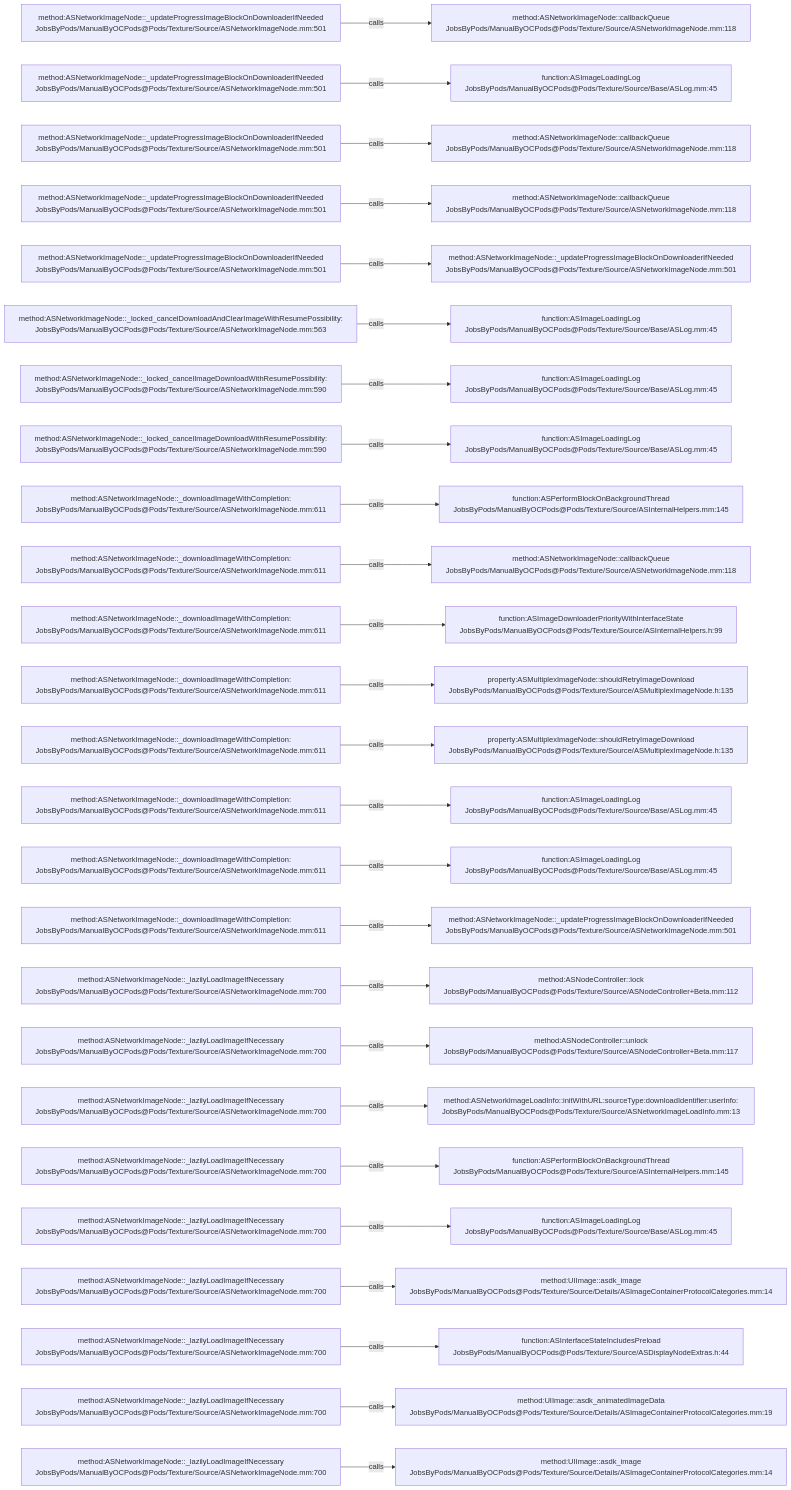
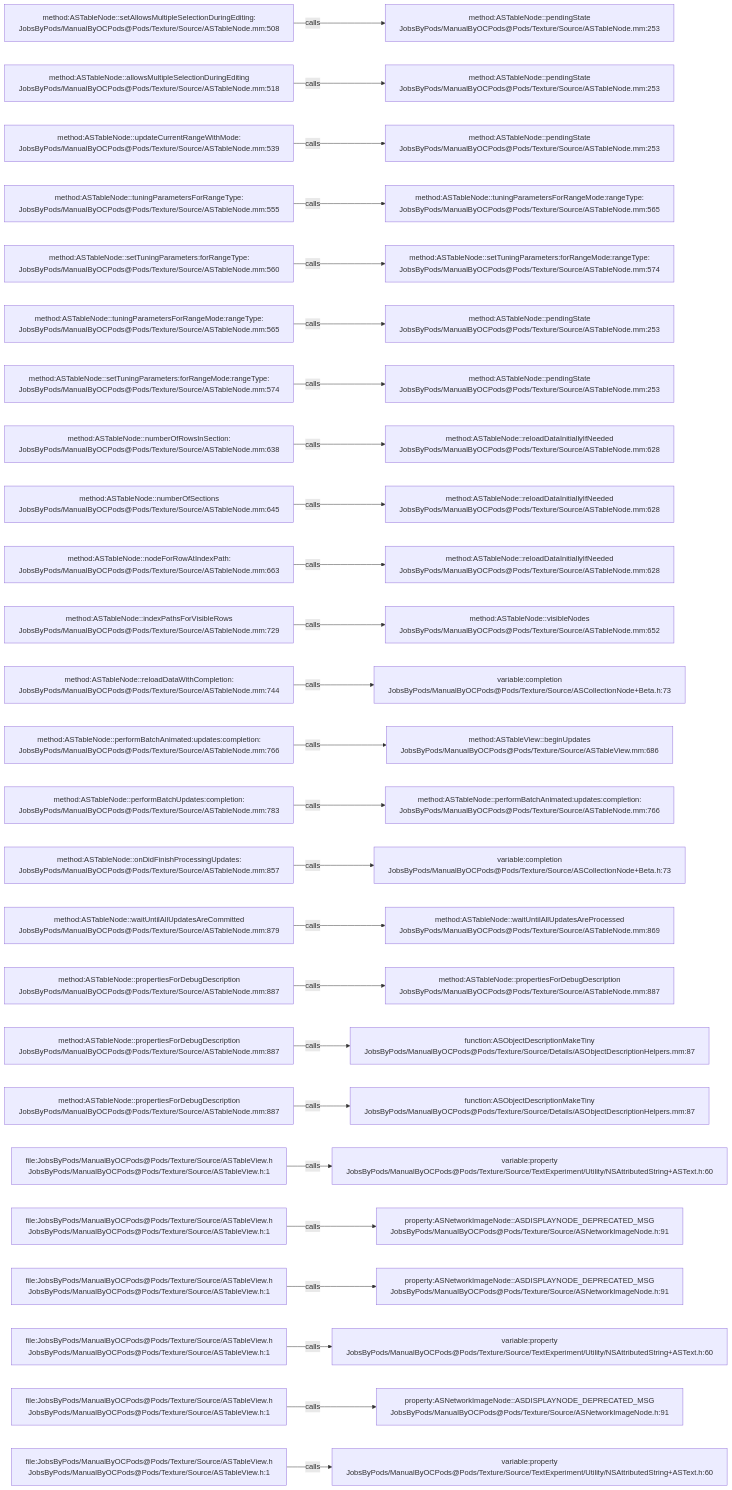
One commit to JobsKits/JobsOCBaseConfigDemo changed the diagram in .codegraph/codegraph.md/graphs/calls-116.md. Above: the diagram before and after it, drawn with Mermaid. The commit also changed 1448 other files, not shown here.

````diff
--- a/.codegraph/codegraph.md/graphs/calls-116.md
+++ b/.codegraph/codegraph.md/graphs/calls-116.md
@@ -13,78 +13,78 @@
 ```mermaid
 flowchart LR
-  S1["method:ASNetworkImageNode::_updateProgressImageBlockOnDownloaderIfNeeded<br/>JobsByPods/ManualByOCPods@Pods/Texture/Source/ASNetworkImageNode.mm:501"]
-  T1["method:ASNetworkImageNode::callbackQueue<br/>JobsByPods/ManualByOCPods@Pods/Texture/Source/ASNetworkImageNode.mm:118"]
+  S1["method:ASTableNode::setAllowsMultipleSelectionDuringEditing:<br/>JobsByPods/ManualByOCPods@Pods/Texture/Source/ASTableNode.mm:508"]
+  T1["method:ASTableNode::pendingState<br/>JobsByPods/ManualByOCPods@Pods/Texture/Source/ASTableNode.mm:253"]
   S1 -->|calls| T1
-  S2["method:ASNetworkImageNode::_updateProgressImageBlockOnDownloaderIfNeeded<br/>JobsByPods/ManualByOCPods@Pods/Texture/Source/ASNetworkImageNode.mm:501"]
-  T2["function:ASImageLoadingLog<br/>JobsByPods/ManualByOCPods@Pods/Texture/Source/Base/ASLog.mm:45"]
+  S2["method:ASTableNode::allowsMultipleSelectionDuringEditing<br/>JobsByPods/ManualByOCPods@Pods/Texture/Source/ASTableNode.mm:518"]
+  T2["method:ASTableNode::pendingState<br/>JobsByPods/ManualByOCPods@Pods/Texture/Source/ASTableNode.mm:253"]
   S2 -->|calls| T2
-  S3["method:ASNetworkImageNode::_updateProgressImageBlockOnDownloaderIfNeeded<br/>JobsByPods/ManualByOCPods@Pods/Texture/Source/ASNetworkImageNode.mm:501"]
-  T3["method:ASNetworkImageNode::callbackQueue<br/>JobsByPods/ManualByOCPods@Pods/Texture/Source/ASNetworkImageNode.mm:118"]
+  S3["method:ASTableNode::updateCurrentRangeWithMode:<br/>JobsByPods/ManualByOCPods@Pods/Texture/Source/ASTableNode.mm:539"]
+  T3["method:ASTableNode::pendingState<br/>JobsByPods/ManualByOCPods@Pods/Texture/Source/ASTableNode.mm:253"]
   S3 -->|calls| T3
-  S4["method:ASNetworkImageNode::_updateProgressImageBlockOnDownloaderIfNeeded<br/>JobsByPods/ManualByOCPods@Pods/Texture/Source/ASNetworkImageNode.mm:501"]
-  T4["method:ASNetworkImageNode::callbackQueue<br/>JobsByPods/ManualByOCPods@Pods/Texture/Source/ASNetworkImageNode.mm:118"]
+  S4["method:ASTableNode::tuningParametersForRangeType:<br/>JobsByPods/ManualByOCPods@Pods/Texture/Source/ASTableNode.mm:555"]
+  T4["method:ASTableNode::tuningParametersForRangeMode:rangeType:<br/>JobsByPods/ManualByOCPods@Pods/Texture/Source/ASTableNode.mm:565"]
   S4 -->|calls| T4
-  S5["method:ASNetworkImageNode::_updateProgressImageBlockOnDownloaderIfNeeded<br/>JobsByPods/ManualByOCPods@Pods/Texture/Source/ASNetworkImageNode.mm:501"]
-  T5["method:ASNetworkImageNode::_updateProgressImageBlockOnDownloaderIfNeeded<br/>JobsByPods/ManualByOCPods@Pods/Texture/Source/ASNetworkImageNode.mm:501"]
+  S5["method:ASTableNode::setTuningParameters:forRangeType:<br/>JobsByPods/ManualByOCPods@Pods/Texture/Source/ASTableNode.mm:560"]
+  T5["method:ASTableNode::setTuningParameters:forRangeMode:rangeType:<br/>JobsByPods/ManualByOCPods@Pods/Texture/Source/ASTableNode.mm:574"]
   S5 -->|calls| T5
-  S6["method:ASNetworkImageNode::_locked_cancelDownloadAndClearImageWithResumePossibility:<br/>JobsByPods/ManualByOCPods@Pods/Texture/Source/ASNetworkImageNode.mm:563"]
-  T6["function:ASImageLoadingLog<br/>JobsByPods/ManualByOCPods@Pods/Texture/Source/Base/ASLog.mm:45"]
+  S6["method:ASTableNode::tuningParametersForRangeMode:rangeType:<br/>JobsByPods/ManualByOCPods@Pods/Texture/Source/ASTableNode.mm:565"]
+  T6["method:ASTableNode::pendingState<br/>JobsByPods/ManualByOCPods@Pods/Texture/Source/ASTableNode.mm:253"]
   S6 -->|calls| T6
-  S7["method:ASNetworkImageNode::_locked_cancelImageDownloadWithResumePossibility:<br/>JobsByPods/ManualByOCPods@Pods/Texture/Source/ASNetworkImageNode.mm:590"]
-  T7["function:ASImageLoadingLog<br/>JobsByPods/ManualByOCPods@Pods/Texture/Source/Base/ASLog.mm:45"]
+  S7["method:ASTableNode::setTuningParameters:forRangeMode:rangeType:<br/>JobsByPods/ManualByOCPods@Pods/Texture/Source/ASTableNode.mm:574"]
+  T7["method:ASTableNode::pendingState<br/>JobsByPods/ManualByOCPods@Pods/Texture/Source/ASTableNode.mm:253"]
   S7 -->|calls| T7
-  S8["method:ASNetworkImageNode::_locked_cancelImageDownloadWithResumePossibility:<br/>JobsByPods/ManualByOCPods@Pods/Texture/Source/ASNetworkImageNode.mm:590"]
-  T8["function:ASImageLoadingLog<br/>JobsByPods/ManualByOCPods@Pods/Texture/Source/Base/ASLog.mm:45"]
+  S8["method:ASTableNode::numberOfRowsInSection:<br/>JobsByPods/ManualByOCPods@Pods/Texture/Source/ASTableNode.mm:638"]
+  T8["method:ASTableNode::reloadDataInitiallyIfNeeded<br/>JobsByPods/ManualByOCPods@Pods/Texture/Source/ASTableNode.mm:628"]
   S8 -->|calls| T8
-  S9["method:ASNetworkImageNode::_downloadImageWithCompletion:<br/>JobsByPods/ManualByOCPods@Pods/Texture/Source/ASNetworkImageNode.mm:611"]
-  T9["function:ASPerformBlockOnBackgroundThread<br/>JobsByPods/ManualByOCPods@Pods/Texture/Source/ASInternalHelpers.mm:145"]
+  S9["method:ASTableNode::numberOfSections<br/>JobsByPods/ManualByOCPods@Pods/Texture/Source/ASTableNode.mm:645"]
+  T9["method:ASTableNode::reloadDataInitiallyIfNeeded<br/>JobsByPods/ManualByOCPods@Pods/Texture/Source/ASTableNode.mm:628"]
   S9 -->|calls| T9
-  S10["method:ASNetworkImageNode::_downloadImageWithCompletion:<br/>JobsByPods/ManualByOCPods@Pods/Texture/Source/ASNetworkImageNode.mm:611"]
-  T10["method:ASNetworkImageNode::callbackQueue<br/>JobsByPods/ManualByOCPods@Pods/Texture/Source/ASNetworkImageNode.mm:118"]
+  S10["method:ASTableNode::nodeForRowAtIndexPath:<br/>JobsByPods/ManualByOCPods@Pods/Texture/Source/ASTableNode.mm:663"]
+  T10["method:ASTableNode::reloadDataInitiallyIfNeeded<br/>JobsByPods/ManualByOCPods@Pods/Texture/Source/ASTableNode.mm:628"]
   S10 -->|calls| T10
-  S11["method:ASNetworkImageNode::_downloadImageWithCompletion:<br/>JobsByPods/ManualByOCPods@Pods/Texture/Source/ASNetworkImageNode.mm:611"]
-  T11["function:ASImageDownloaderPriorityWithInterfaceState<br/>JobsByPods/ManualByOCPods@Pods/Texture/Source/ASInternalHelpers.h:99"]
+  S11["method:ASTableNode::indexPathsForVisibleRows<br/>JobsByPods/ManualByOCPods@Pods/Texture/Source/ASTableNode.mm:729"]
+  T11["method:ASTableNode::visibleNodes<br/>JobsByPods/ManualByOCPods@Pods/Texture/Source/ASTableNode.mm:652"]
   S11 -->|calls| T11
-  S12["method:ASNetworkImageNode::_downloadImageWithCompletion:<br/>JobsByPods/ManualByOCPods@Pods/Texture/Source/ASNetworkImageNode.mm:611"]
-  T12["property:ASMultiplexImageNode::shouldRetryImageDownload<br/>JobsByPods/ManualByOCPods@Pods/Texture/Source/ASMultiplexImageNode.h:135"]
+  S12["method:ASTableNode::reloadDataWithCompletion:<br/>JobsByPods/ManualByOCPods@Pods/Texture/Source/ASTableNode.mm:744"]
+  T12["variable:completion<br/>JobsByPods/ManualByOCPods@Pods/Texture/Source/ASCollectionNode+Beta.h:73"]
   S12 -->|calls| T12
-  S13["method:ASNetworkImageNode::_downloadImageWithCompletion:<br/>JobsByPods/ManualByOCPods@Pods/Texture/Source/ASNetworkImageNode.mm:611"]
-  T13["property:ASMultiplexImageNode::shouldRetryImageDownload<br/>JobsByPods/ManualByOCPods@Pods/Texture/Source/ASMultiplexImageNode.h:135"]
+  S13["method:ASTableNode::performBatchAnimated:updates:completion:<br/>JobsByPods/ManualByOCPods@Pods/Texture/Source/ASTableNode.mm:766"]
+  T13["method:ASTableView::beginUpdates<br/>JobsByPods/ManualByOCPods@Pods/Texture/Source/ASTableView.mm:686"]
   S13 -->|calls| T13
-  S14["method:ASNetworkImageNode::_downloadImageWithCompletion:<br/>JobsByPods/ManualByOCPods@Pods/Texture/Source/ASNetworkImageNode.mm:611"]
-  T14["function:ASImageLoadingLog<br/>JobsByPods/ManualByOCPods@Pods/Texture/Source/Base/ASLog.mm:45"]
+  S14["method:ASTableNode::performBatchUpdates:completion:<br/>JobsByPods/ManualByOCPods@Pods/Texture/Source/ASTableNode.mm:783"]
+  T14["method:ASTableNode::performBatchAnimated:updates:completion:<br/>JobsByPods/ManualByOCPods@Pods/Texture/Source/ASTableNode.mm:766"]
   S14 -->|calls| T14
-  S15["method:ASNetworkImageNode::_downloadImageWithCompletion:<br/>JobsByPods/ManualByOCPods@Pods/Texture/Source/ASNetworkImageNode.mm:611"]
-  T15["function:ASImageLoadingLog<br/>JobsByPods/ManualByOCPods@Pods/Texture/Source/Base/ASLog.mm:45"]
+  S15["method:ASTableNode::onDidFinishProcessingUpdates:<br/>JobsByPods/ManualByOCPods@Pods/Texture/Source/ASTableNode.mm:857"]
+  T15["variable:completion<br/>JobsByPods/ManualByOCPods@Pods/Texture/Source/ASCollectionNode+Beta.h:73"]
   S15 -->|calls| T15
-  S16["method:ASNetworkImageNode::_downloadImageWithCompletion:<br/>JobsByPods/ManualByOCPods@Pods/Texture/Source/ASNetworkImageNode.mm:611"]
-  T16["method:ASNetworkImageNode::_updateProgressImageBlockOnDownloaderIfNeeded<br/>JobsByPods/ManualByOCPods@Pods/Texture/Source/ASNetworkImageNode.mm:501"]
+  S16["method:ASTableNode::waitUntilAllUpdatesAreCommitted<br/>JobsByPods/ManualByOCPods@Pods/Texture/Source/ASTableNode.mm:879"]
+  T16["method:ASTableNode::waitUntilAllUpdatesAreProcessed<br/>JobsByPods/ManualByOCPods@Pods/Texture/Source/ASTableNode.mm:869"]
   S16 -->|calls| T16
-  S17["method:ASNetworkImageNode::_lazilyLoadImageIfNecessary<br/>JobsByPods/ManualByOCPods@Pods/Texture/Source/ASNetworkImageNode.mm:700"]
-  T17["method:ASNodeController::lock<br/>JobsByPods/ManualByOCPods@Pods/Texture/Source/ASNodeController+Beta.mm:112"]
+  S17["method:ASTableNode::propertiesForDebugDescription<br/>JobsByPods/ManualByOCPods@Pods/Texture/Source/ASTableNode.mm:887"]
+  T17["method:ASTableNode::propertiesForDebugDescription<br/>JobsByPods/ManualByOCPods@Pods/Texture/Source/ASTableNode.mm:887"]
   S17 -->|calls| T17
-  S18["method:ASNetworkImageNode::_lazilyLoadImageIfNecessary<br/>JobsByPods/ManualByOCPods@Pods/Texture/Source/ASNetworkImageNode.mm:700"]
-  T18["method:ASNodeController::unlock<br/>JobsByPods/ManualByOCPods@Pods/Texture/Source/ASNodeController+Beta.mm:117"]
+  S18["method:ASTableNode::propertiesForDebugDescription<br/>JobsByPods/ManualByOCPods@Pods/Texture/Source/ASTableNode.mm:887"]
+  T18["function:ASObjectDescriptionMakeTiny<br/>JobsByPods/ManualByOCPods@Pods/Texture/Source/Details/ASObjectDescriptionHelpers.mm:87"]
   S18 -->|calls| T18
-  S19["method:ASNetworkImageNode::_lazilyLoadImageIfNecessary<br/>JobsByPods/ManualByOCPods@Pods/Texture/Source/ASNetworkImageNode.mm:700"]
-  T19["method:ASNetworkImageLoadInfo::initWithURL:sourceType:downloadIdentifier:userInfo:<br/>JobsByPods/ManualByOCPods@Pods/Texture/Source/ASNetworkImageLoadInfo.mm:13"]
+  S19["method:ASTableNode::propertiesForDebugDescription<br/>JobsByPods/ManualByOCPods@Pods/Texture/Source/ASTableNode.mm:887"]
+  T19["function:ASObjectDescriptionMakeTiny<br/>JobsByPods/ManualByOCPods@Pods/Texture/Source/Details/ASObjectDescriptionHelpers.mm:87"]
   S19 -->|calls| T19
-  S20["method:ASNetworkImageNode::_lazilyLoadImageIfNecessary<br/>JobsByPods/ManualByOCPods@Pods/Texture/Source/ASNetworkImageNode.mm:700"]
-  T20["function:ASPerformBlockOnBackgroundThread<br/>JobsByPods/ManualByOCPods@Pods/Texture/Source/ASInternalHelpers.mm:145"]
+  S20["file:JobsByPods/ManualByOCPods@Pods/Texture/Source/ASTableView.h<br/>JobsByPods/ManualByOCPods@Pods/Texture/Source/ASTableView.h:1"]
+  T20["variable:property<br/>JobsByPods/ManualByOCPods@Pods/Texture/Source/TextExperiment/Utility/NSAttributedString+ASText.h:60"]
   S20 -->|calls| T20
-  S21["method:ASNetworkImageNode::_lazilyLoadImageIfNecessary<br/>JobsByPods/ManualByOCPods@Pods/Texture/Source/ASNetworkImageNode.mm:700"]
-  T21["function:ASImageLoadingLog<br/>JobsByPods/ManualByOCPods@Pods/Texture/Source/Base/ASLog.mm:45"]
+  S21["file:JobsByPods/ManualByOCPods@Pods/Texture/Source/ASTableView.h<br/>JobsByPods/ManualByOCPods@Pods/Texture/Source/ASTableView.h:1"]
+  T21["property:ASNetworkImageNode::ASDISPLAYNODE_DEPRECATED_MSG<br/>JobsByPods/ManualByOCPods@Pods/Texture/Source/ASNetworkImageNode.h:91"]
   S21 -->|calls| T21
-  S22["method:ASNetworkImageNode::_lazilyLoadImageIfNecessary<br/>JobsByPods/ManualByOCPods@Pods/Texture/Source/ASNetworkImageNode.mm:700"]
-  T22["method:UIImage::asdk_image<br/>JobsByPods/ManualByOCPods@Pods/Texture/Source/Details/ASImageContainerProtocolCategories.mm:14"]
+  S22["file:JobsByPods/ManualByOCPods@Pods/Texture/Source/ASTableView.h<br/>JobsByPods/ManualByOCPods@Pods/Texture/Source/ASTableView.h:1"]
+  T22["property:ASNetworkImageNode::ASDISPLAYNODE_DEPRECATED_MSG<br/>JobsByPods/ManualByOCPods@Pods/Texture/Source/ASNetworkImageNode.h:91"]
   S22 -->|calls| T22
-  S23["method:ASNetworkImageNode::_lazilyLoadImageIfNecessary<br/>JobsByPods/ManualByOCPods@Pods/Texture/Source/ASNetworkImageNode.mm:700"]
-  T23["function:ASInterfaceStateIncludesPreload<br/>JobsByPods/ManualByOCPods@Pods/Texture/Source/ASDisplayNodeExtras.h:44"]
+  S23["file:JobsByPods/ManualByOCPods@Pods/Texture/Source/ASTableView.h<br/>JobsByPods/ManualByOCPods@Pods/Texture/Source/ASTableView.h:1"]
+  T23["variable:property<br/>JobsByPods/ManualByOCPods@Pods/Texture/Source/TextExperiment/Utility/NSAttributedString+ASText.h:60"]
   S23 -->|calls| T23
-  S24["method:ASNetworkImageNode::_lazilyLoadImageIfNecessary<br/>JobsByPods/ManualByOCPods@Pods/Texture/Source/ASNetworkImageNode.mm:700"]
-  T24["method:UIImage::asdk_animatedImageData<br/>JobsByPods/ManualByOCPods@Pods/Texture/Source/Details/ASImageContainerProtocolCategories.mm:19"]
+  S24["file:JobsByPods/ManualByOCPods@Pods/Texture/Source/ASTableView.h<br/>JobsByPods/ManualByOCPods@Pods/Texture/Source/ASTableView.h:1"]
+  T24["property:ASNetworkImageNode::ASDISPLAYNODE_DEPRECATED_MSG<br/>JobsByPods/ManualByOCPods@Pods/Texture/Source/ASNetworkImageNode.h:91"]
   S24 -->|calls| T24
-  S25["method:ASNetworkImageNode::_lazilyLoadImageIfNecessary<br/>JobsByPods/ManualByOCPods@Pods/Texture/Source/ASNetworkImageNode.mm:700"]
-  T25["method:UIImage::asdk_image<br/>JobsByPods/ManualByOCPods@Pods/Texture/Source/Details/ASImageContainerProtocolCategories.mm:14"]
+  S25["file:JobsByPods/ManualByOCPods@Pods/Texture/Source/ASTableView.h<br/>JobsByPods/ManualByOCPods@Pods/Texture/Source/ASTableView.h:1"]
+  T25["variable:property<br/>JobsByPods/ManualByOCPods@Pods/Texture/Source/TextExperiment/Utility/NSAttributedString+ASText.h:60"]
   S25 -->|calls| T25
 ```
````
